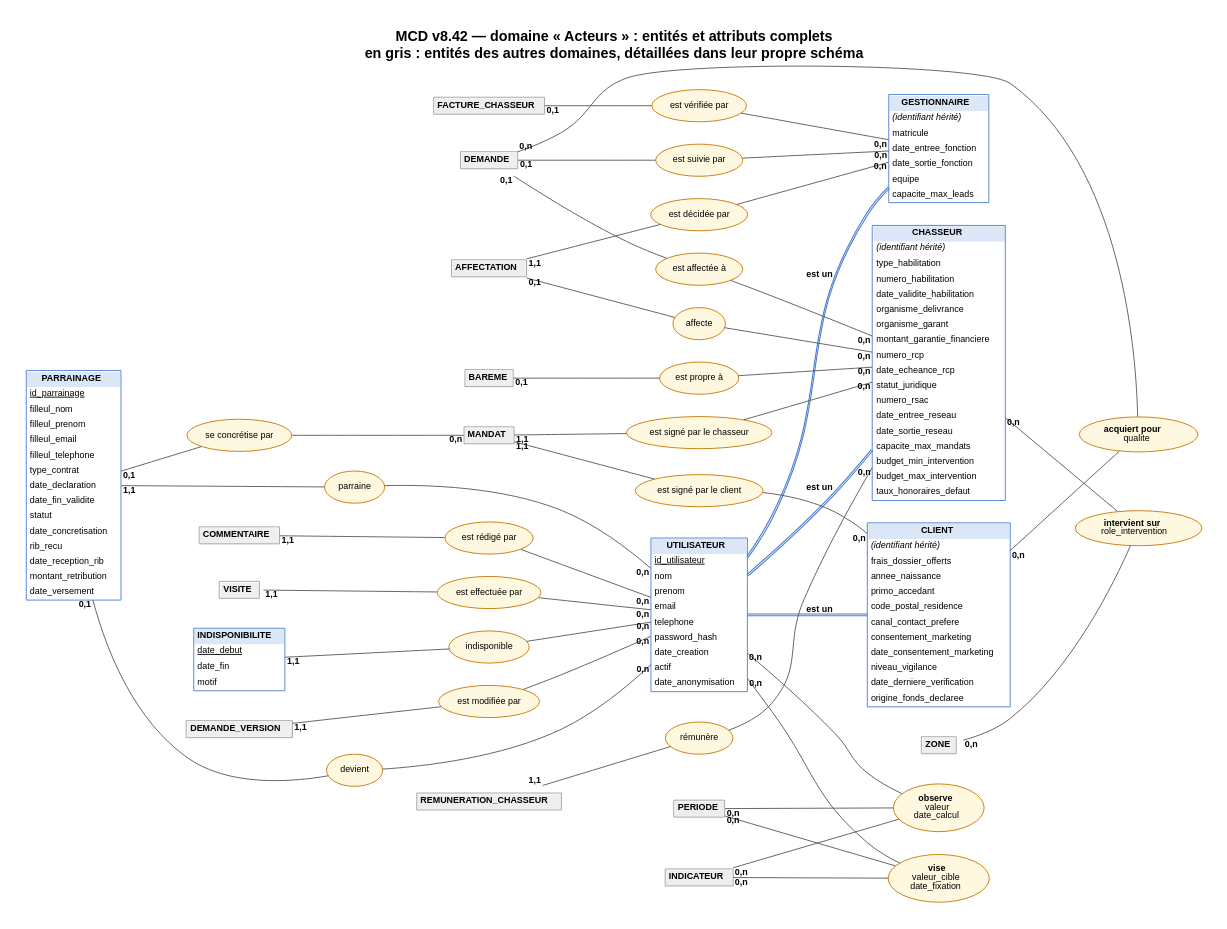
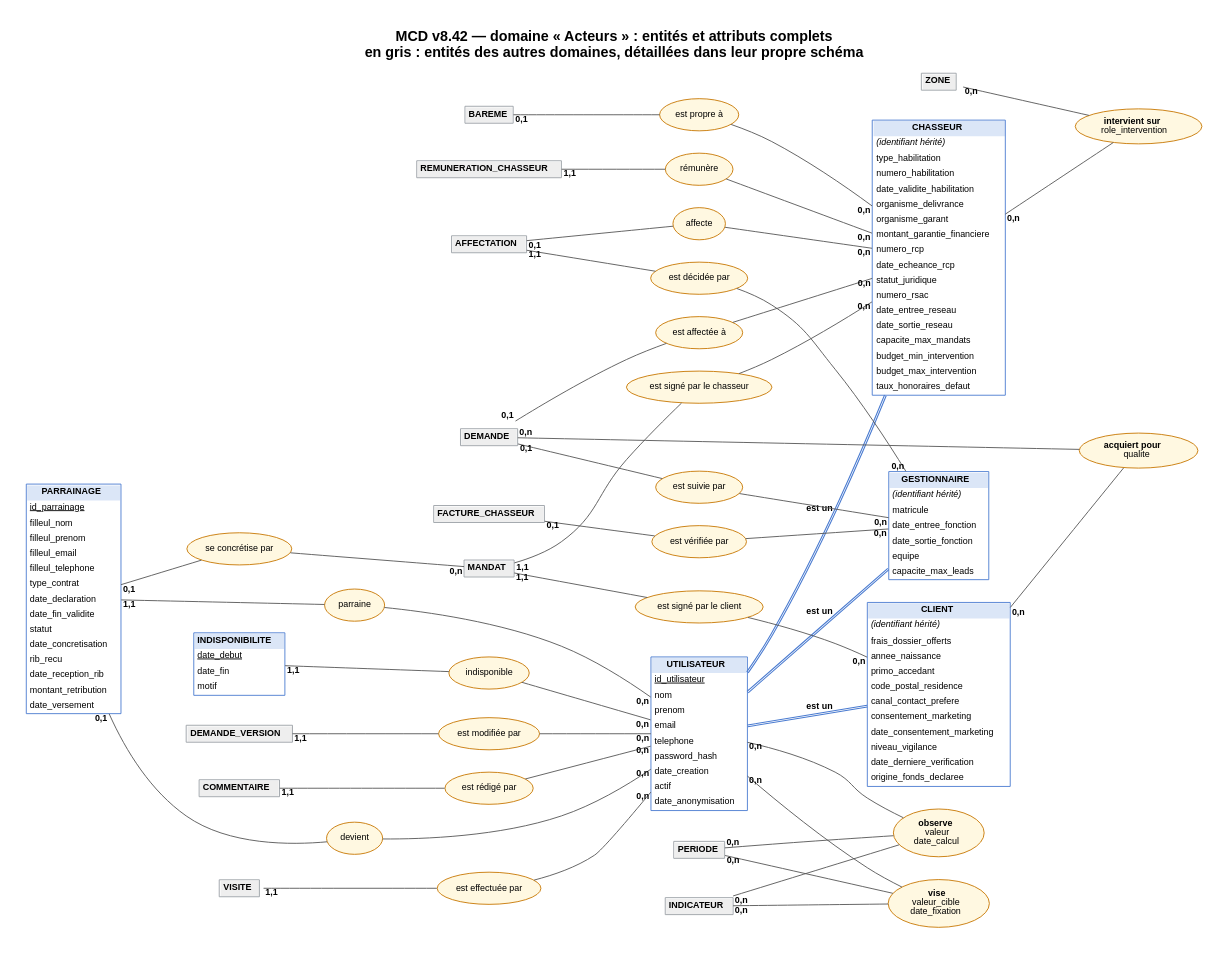
The diagram in livrables/documentation/merise/sources/mcd-acteurs.dot (Fil-Rouge-Big-Data/Fil-Rouge-EISI-Data-IA-26-D04-StarterPack), drawn with Graphviz before and after one commit. The commit also changed other lines of this file and 14 other files, not shown here.

```diff
--- a/livrables/documentation/merise/sources/mcd-acteurs.dot
+++ b/livrables/documentation/merise/sources/mcd-acteurs.dot
@@ -3,12 +3,12 @@
   graph [label="MCD v8.42 — domaine « Acteurs » : entités et attributs complets\nen gris : entités des autres domaines, détaillées dans leur propre schéma", labelloc=t, fontname="Helvetica-Bold", fontsize=16, pad=0.3, splines=true, rankdir=LR, nodesep=0.35, ranksep=1.0];
   node [fontname="Helvetica", fontsize=10];
   edge [fontname="Helvetica-Bold", fontsize=10, color="#555555"];
+  gestionnaire [shape=none, margin=0, label=<<TABLE BORDER="1" CELLBORDER="0" CELLSPACING="0" CELLPADDING="3" COLOR="#4a7bd0"><TR><TD BGCOLOR="#dbe6f7"><B>GESTIONNAIRE</B></TD></TR><TR><TD ALIGN="LEFT"><I>(identifiant hérité)</I></TD></TR><TR><TD ALIGN="LEFT">matricule</TD></TR><TR><TD ALIGN="LEFT">date_entree_fonction</TD></TR><TR><TD ALIGN="LEFT">date_sortie_fonction</TD></TR><TR><TD ALIGN="LEFT">equipe</TD></TR><TR><TD ALIGN="LEFT">capacite_max_leads</TD></TR></TABLE>>];
+  chasseur [shape=none, margin=0, label=<<TABLE BORDER="1" CELLBORDER="0" CELLSPACING="0" CELLPADDING="3" COLOR="#4a7bd0"><TR><TD BGCOLOR="#dbe6f7"><B>CHASSEUR</B></TD></TR><TR><TD ALIGN="LEFT"><I>(identifiant hérité)</I></TD></TR><TR><TD ALIGN="LEFT">type_habilitation</TD></TR><TR><TD ALIGN="LEFT">numero_habilitation</TD></TR><TR><TD ALIGN="LEFT">date_validite_habilitation</TD></TR><TR><TD ALIGN="LEFT">organisme_delivrance</TD></TR><TR><TD ALIGN="LEFT">organisme_garant</TD></TR><TR><TD ALIGN="LEFT">montant_garantie_financiere</TD></TR><TR><TD ALIGN="LEFT">numero_rcp</TD></TR><TR><TD ALIGN="LEFT">date_echeance_rcp</TD></TR><TR><TD ALIGN="LEFT">statut_juridique</TD></TR><TR><TD ALIGN="LEFT">numero_rsac</TD></TR><TR><TD ALIGN="LEFT">date_entree_reseau</TD></TR><TR><TD ALIGN="LEFT">date_sortie_reseau</TD></TR><TR><TD ALIGN="LEFT">capacite_max_mandats</TD></TR><TR><TD ALIGN="LEFT">budget_min_intervention</TD></TR><TR><TD ALIGN="LEFT">budget_max_intervention</TD></TR><TR><TD ALIGN="LEFT">taux_honoraires_defaut</TD></TR></TABLE>>];
+  utilisateur [shape=none, margin=0, label=<<TABLE BORDER="1" CELLBORDER="0" CELLSPACING="0" CELLPADDING="3" COLOR="#4a7bd0"><TR><TD BGCOLOR="#dbe6f7"><B>UTILISATEUR</B></TD></TR><TR><TD ALIGN="LEFT"><U>id_utilisateur</U></TD></TR><TR><TD ALIGN="LEFT">nom</TD></TR><TR><TD ALIGN="LEFT">prenom</TD></TR><TR><TD ALIGN="LEFT">email</TD></TR><TR><TD ALIGN="LEFT">telephone</TD></TR><TR><TD ALIGN="LEFT">password_hash</TD></TR><TR><TD ALIGN="LEFT">date_creation</TD></TR><TR><TD ALIGN="LEFT">actif</TD></TR><TR><TD ALIGN="LEFT">date_anonymisation</TD></TR></TABLE>>];
+  client [shape=none, margin=0, label=<<TABLE BORDER="1" CELLBORDER="0" CELLSPACING="0" CELLPADDING="3" COLOR="#4a7bd0"><TR><TD BGCOLOR="#dbe6f7"><B>CLIENT</B></TD></TR><TR><TD ALIGN="LEFT"><I>(identifiant hérité)</I></TD></TR><TR><TD ALIGN="LEFT">frais_dossier_offerts</TD></TR><TR><TD ALIGN="LEFT">annee_naissance</TD></TR><TR><TD ALIGN="LEFT">primo_accedant</TD></TR><TR><TD ALIGN="LEFT">code_postal_residence</TD></TR><TR><TD ALIGN="LEFT">canal_contact_prefere</TD></TR><TR><TD ALIGN="LEFT">consentement_marketing</TD></TR><TR><TD ALIGN="LEFT">date_consentement_marketing</TD></TR><TR><TD ALIGN="LEFT">niveau_vigilance</TD></TR><TR><TD ALIGN="LEFT">date_derniere_verification</TD></TR><TR><TD ALIGN="LEFT">origine_fonds_declaree</TD></TR></TABLE>>];
+  parrainage [shape=none, margin=0, label=<<TABLE BORDER="1" CELLBORDER="0" CELLSPACING="0" CELLPADDING="3" COLOR="#4a7bd0"><TR><TD BGCOLOR="#dbe6f7"><B>PARRAINAGE</B></TD></TR><TR><TD ALIGN="LEFT"><U>id_parrainage</U></TD></TR><TR><TD ALIGN="LEFT">filleul_nom</TD></TR><TR><TD ALIGN="LEFT">filleul_prenom</TD></TR><TR><TD ALIGN="LEFT">filleul_email</TD></TR><TR><TD ALIGN="LEFT">filleul_telephone</TD></TR><TR><TD ALIGN="LEFT">type_contrat</TD></TR><TR><TD ALIGN="LEFT">date_declaration</TD></TR><TR><TD ALIGN="LEFT">date_fin_validite</TD></TR><TR><TD ALIGN="LEFT">statut</TD></TR><TR><TD ALIGN="LEFT">date_concretisation</TD></TR><TR><TD ALIGN="LEFT">rib_recu</TD></TR><TR><TD ALIGN="LEFT">date_reception_rib</TD></TR><TR><TD ALIGN="LEFT">montant_retribution</TD></TR><TR><TD ALIGN="LEFT">date_versement</TD></TR></TABLE>>];
   indisponibilite [shape=none, margin=0, label=<<TABLE BORDER="1" CELLBORDER="0" CELLSPACING="0" CELLPADDING="3" COLOR="#4a7bd0"><TR><TD BGCOLOR="#dbe6f7"><B>INDISPONIBILITE</B></TD></TR><TR><TD ALIGN="LEFT"><U>date_debut</U></TD></TR><TR><TD ALIGN="LEFT">date_fin</TD></TR><TR><TD ALIGN="LEFT">motif</TD></TR></TABLE>>];
-  chasseur [shape=none, margin=0, label=<<TABLE BORDER="1" CELLBORDER="0" CELLSPACING="0" CELLPADDING="3" COLOR="#4a7bd0"><TR><TD BGCOLOR="#dbe6f7"><B>CHASSEUR</B></TD></TR><TR><TD ALIGN="LEFT"><I>(identifiant hérité)</I></TD></TR><TR><TD ALIGN="LEFT">type_habilitation</TD></TR><TR><TD ALIGN="LEFT">numero_habilitation</TD></TR><TR><TD ALIGN="LEFT">date_validite_habilitation</TD></TR><TR><TD ALIGN="LEFT">organisme_delivrance</TD></TR><TR><TD ALIGN="LEFT">organisme_garant</TD></TR><TR><TD ALIGN="LEFT">montant_garantie_financiere</TD></TR><TR><TD ALIGN="LEFT">numero_rcp</TD></TR><TR><TD ALIGN="LEFT">date_echeance_rcp</TD></TR><TR><TD ALIGN="LEFT">statut_juridique</TD></TR><TR><TD ALIGN="LEFT">numero_rsac</TD></TR><TR><TD ALIGN="LEFT">date_entree_reseau</TD></TR><TR><TD ALIGN="LEFT">date_sortie_reseau</TD></TR><TR><TD ALIGN="LEFT">capacite_max_mandats</TD></TR><TR><TD ALIGN="LEFT">budget_min_intervention</TD></TR><TR><TD ALIGN="LEFT">budget_max_intervention</TD></TR><TR><TD ALIGN="LEFT">taux_honoraires_defaut</TD></TR></TABLE>>];
-  gestionnaire [shape=none, margin=0, label=<<TABLE BORDER="1" CELLBORDER="0" CELLSPACING="0" CELLPADDING="3" COLOR="#4a7bd0"><TR><TD BGCOLOR="#dbe6f7"><B>GESTIONNAIRE</B></TD></TR><TR><TD ALIGN="LEFT"><I>(identifiant hérité)</I></TD></TR><TR><TD ALIGN="LEFT">matricule</TD></TR><TR><TD ALIGN="LEFT">date_entree_fonction</TD></TR><TR><TD ALIGN="LEFT">date_sortie_fonction</TD></TR><TR><TD ALIGN="LEFT">equipe</TD></TR><TR><TD ALIGN="LEFT">capacite_max_leads</TD></TR></TABLE>>];
-  client [shape=none, margin=0, label=<<TABLE BORDER="1" CELLBORDER="0" CELLSPACING="0" CELLPADDING="3" COLOR="#4a7bd0"><TR><TD BGCOLOR="#dbe6f7"><B>CLIENT</B></TD></TR><TR><TD ALIGN="LEFT"><I>(identifiant hérité)</I></TD></TR><TR><TD ALIGN="LEFT">frais_dossier_offerts</TD></TR><TR><TD ALIGN="LEFT">annee_naissance</TD></TR><TR><TD ALIGN="LEFT">primo_accedant</TD></TR><TR><TD ALIGN="LEFT">code_postal_residence</TD></TR><TR><TD ALIGN="LEFT">canal_contact_prefere</TD></TR><TR><TD ALIGN="LEFT">consentement_marketing</TD></TR><TR><TD ALIGN="LEFT">date_consentement_marketing</TD></TR><TR><TD ALIGN="LEFT">niveau_vigilance</TD></TR><TR><TD ALIGN="LEFT">date_derniere_verification</TD></TR><TR><TD ALIGN="LEFT">origine_fonds_declaree</TD></TR></TABLE>>];
-  utilisateur [shape=none, margin=0, label=<<TABLE BORDER="1" CELLBORDER="0" CELLSPACING="0" CELLPADDING="3" COLOR="#4a7bd0"><TR><TD BGCOLOR="#dbe6f7"><B>UTILISATEUR</B></TD></TR><TR><TD ALIGN="LEFT"><U>id_utilisateur</U></TD></TR><TR><TD ALIGN="LEFT">nom</TD></TR><TR><TD ALIGN="LEFT">prenom</TD></TR><TR><TD ALIGN="LEFT">email</TD></TR><TR><TD ALIGN="LEFT">telephone</TD></TR><TR><TD ALIGN="LEFT">password_hash</TD></TR><TR><TD ALIGN="LEFT">date_creation</TD></TR><TR><TD ALIGN="LEFT">actif</TD></TR><TR><TD ALIGN="LEFT">date_anonymisation</TD></TR></TABLE>>];
-  parrainage [shape=none, margin=0, label=<<TABLE BORDER="1" CELLBORDER="0" CELLSPACING="0" CELLPADDING="3" COLOR="#4a7bd0"><TR><TD BGCOLOR="#dbe6f7"><B>PARRAINAGE</B></TD></TR><TR><TD ALIGN="LEFT"><U>id_parrainage</U></TD></TR><TR><TD ALIGN="LEFT">filleul_nom</TD></TR><TR><TD ALIGN="LEFT">filleul_prenom</TD></TR><TR><TD ALIGN="LEFT">filleul_email</TD></TR><TR><TD ALIGN="LEFT">filleul_telephone</TD></TR><TR><TD ALIGN="LEFT">type_contrat</TD></TR><TR><TD ALIGN="LEFT">date_declaration</TD></TR><TR><TD ALIGN="LEFT">date_fin_validite</TD></TR><TR><TD ALIGN="LEFT">statut</TD></TR><TR><TD ALIGN="LEFT">date_concretisation</TD></TR><TR><TD ALIGN="LEFT">rib_recu</TD></TR><TR><TD ALIGN="LEFT">date_reception_rib</TD></TR><TR><TD ALIGN="LEFT">montant_retribution</TD></TR><TR><TD ALIGN="LEFT">date_versement</TD></TR></TABLE>>];
   affectation [shape=none, margin=0, label=<<TABLE BORDER="1" CELLBORDER="0" CELLSPACING="0" CELLPADDING="3" COLOR="#9aa0a6"><TR><TD BGCOLOR="#eeeeee"><B>AFFECTATION</B></TD></TR></TABLE>>];
   bareme [shape=none, margin=0, label=<<TABLE BORDER="1" CELLBORDER="0" CELLSPACING="0" CELLPADDING="3" COLOR="#9aa0a6"><TR><TD BGCOLOR="#eeeeee"><B>BAREME</B></TD></TR></TABLE>>];
   commentaire [shape=none, margin=0, label=<<TABLE BORDER="1" CELLBORDER="0" CELLSPACING="0" CELLPADDING="3" COLOR="#9aa0a6"><TR><TD BGCOLOR="#eeeeee"><B>COMMENTAIRE</B></TD></TR></TABLE>>];
```
